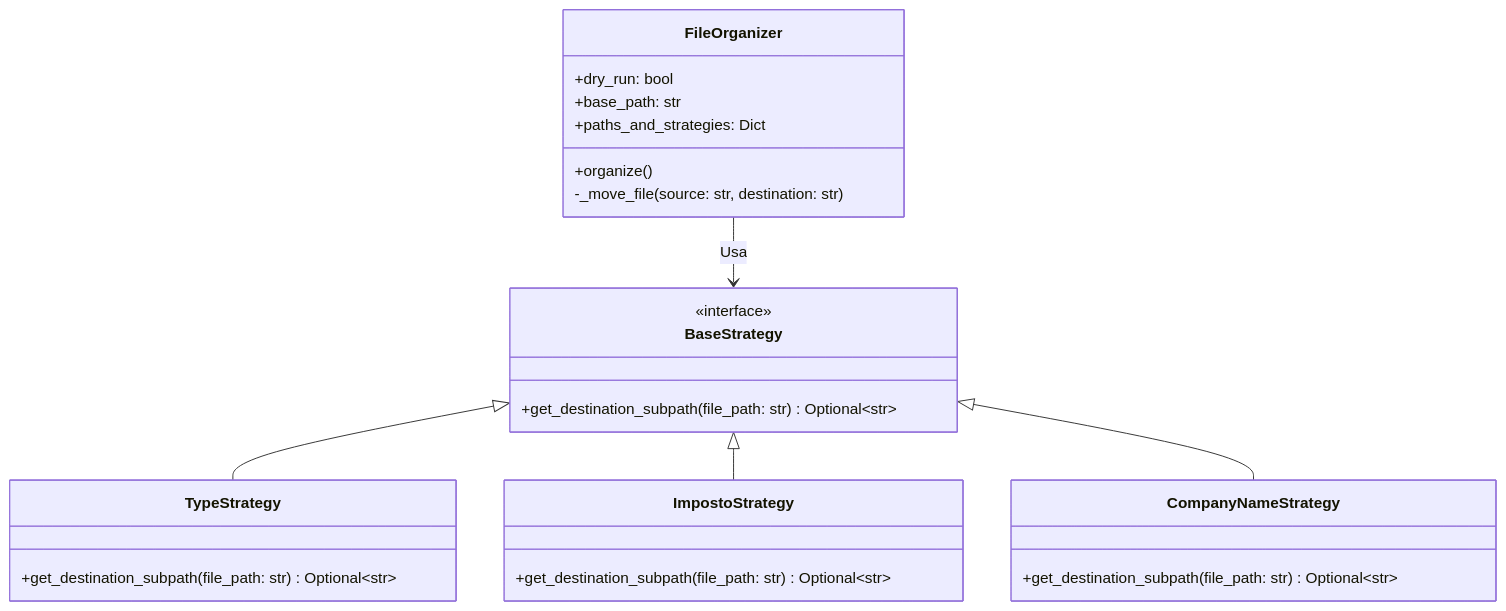
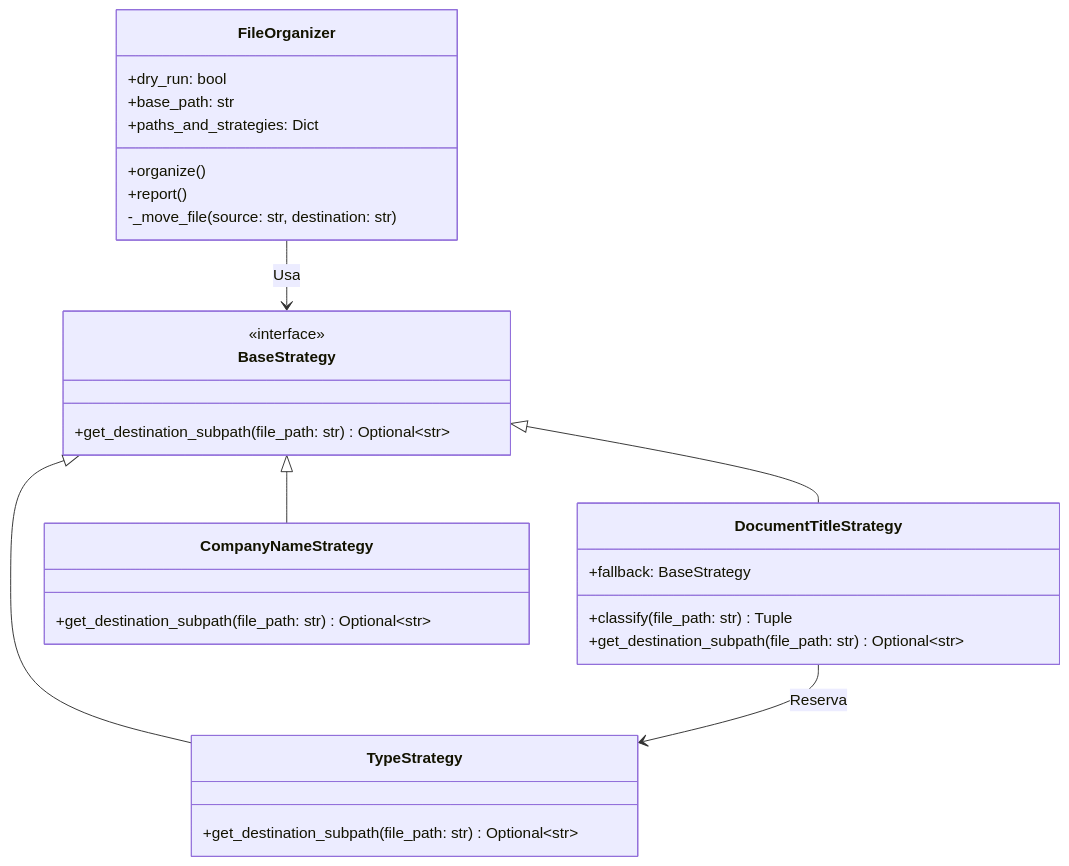
One commit to anderson561/organizadordearquivospc changed the diagram in advanced-organizer/README.md. Above: the diagram before and after it, drawn with Mermaid. The commit also changed other lines of this file and 3 other files, not shown here.

````diff
--- a/advanced-organizer/README.md
+++ b/advanced-organizer/README.md
@@ -31,28 +35,32 @@
 ```mermaid
 classDiagram
     class BaseStrategy {
         <<interface>>
         +get_destination_subpath(file_path: str) Optional~str~
     }
     class TypeStrategy {
         +get_destination_subpath(file_path: str) Optional~str~
     }
-    class ImpostoStrategy {
+    class DocumentTitleStrategy {
+        +fallback: BaseStrategy
+        +classify(file_path: str) Tuple
         +get_destination_subpath(file_path: str) Optional~str~
     }
     class CompanyNameStrategy {
         +get_destination_subpath(file_path: str) Optional~str~
     }
     class FileOrganizer {
         +dry_run: bool
         +base_path: str
         +paths_and_strategies: Dict
         +organize()
+        +report()
         -_move_file(source: str, destination: str)
     }
 
     BaseStrategy <|-- TypeStrategy
-    BaseStrategy <|-- ImpostoStrategy
+    BaseStrategy <|-- DocumentTitleStrategy
     BaseStrategy <|-- CompanyNameStrategy
     FileOrganizer --> BaseStrategy : Usa
+    DocumentTitleStrategy --> TypeStrategy : Reserva
 ```
````
